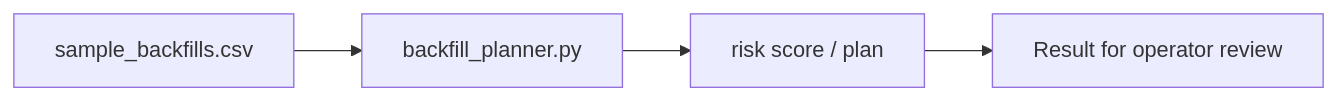
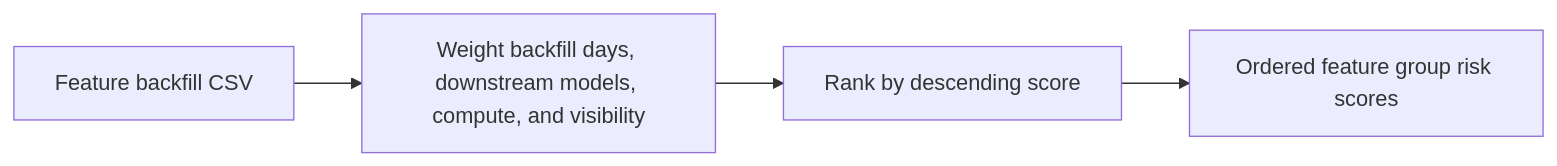
The diagram in docs/ARCHITECTURE.md (Klokesh493/feature-backfill-impact-planner), drawn with Mermaid before and after one commit. The commit also changed 1 other file, not shown here.

Commit message:
Show the project decision flow in its README

````diff
--- a/docs/ARCHITECTURE.md
+++ b/docs/ARCHITECTURE.md
@@ -5,8 +5,8 @@
 ```mermaid
 flowchart LR
-    N0["sample_backfills.csv"]
-    N1["backfill_planner.py"]
-    N2["risk score / plan"]
-    N3["Result for operator review"]
-    N0 --> N1 --> N2 --> N3
+    A["Feature backfill CSV"]
+    B["Weight backfill days, downstream models, compute, and visibility"]
+    C["Rank by descending score"]
+    D["Ordered feature group risk scores"]
+    A --> B --> C --> D
 ```
````
